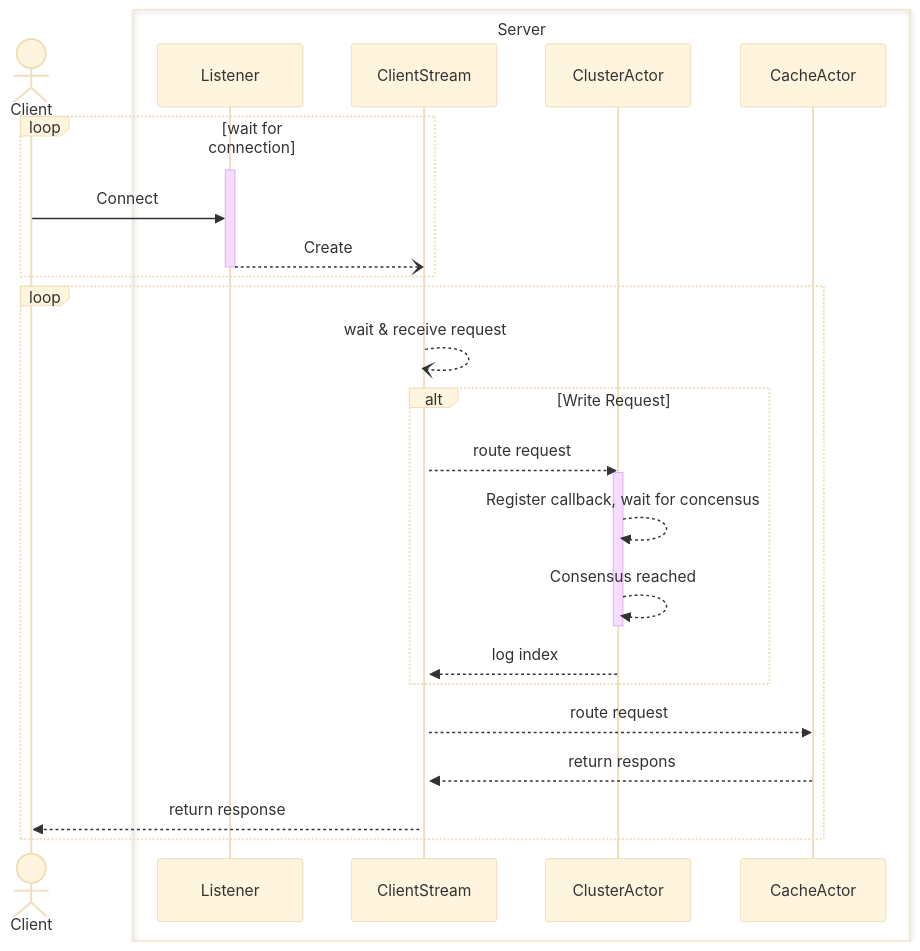
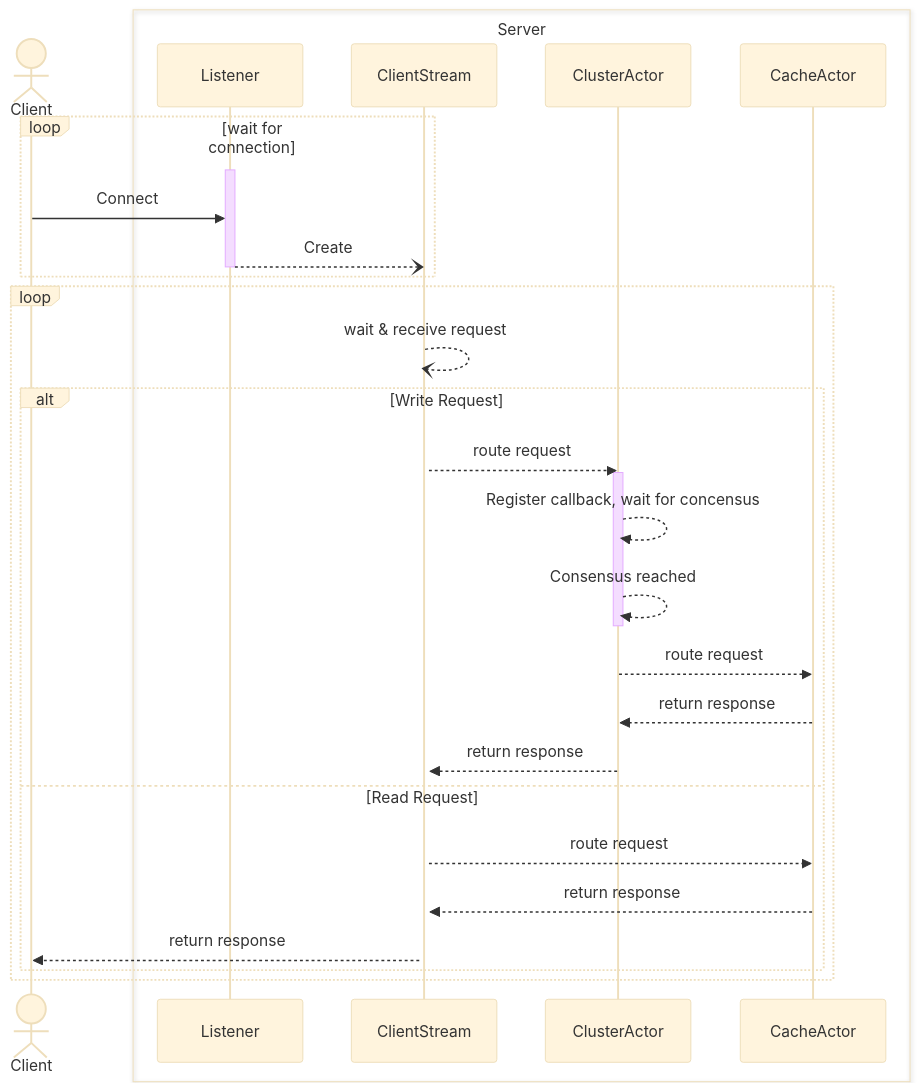
The diagram in diagrams/client_query.mmd (Migorithm/duva), drawn with Mermaid (base theme) before and after one commit. The commit also changed 1 other file, not shown here.

```diff
--- a/diagrams/client_query.mmd
+++ b/diagrams/client_query.mmd
@@ -1,31 +1,34 @@
 sequenceDiagram
     actor C as Client
     Box Server
     participant Listener
     participant Stream as ClientStream
     participant CL as ClusterActor
     participant CA as CacheActor
     
     end
     
     loop wait for connection
         activate Listener
         C ->> Listener: Connect
         Listener --) Stream : Create
         deactivate Listener
     end
 
     loop 
         Stream --)+ Stream: wait & receive request
         alt Write Request
             Stream -->> CL: route request
             activate CL
             CL -->> CL : Register callback, wait for concensus
             CL -->> CL : Consensus reached
             deactivate CL
-            CL -->> Stream : log index
+            CL -->> CA : route request
+            CA -->> CL: return response
+            CL -->> Stream: return response
+        else  Read Request
+        Stream -->> CA: route request
+        CA -->> Stream: return response
+        Stream -->> C: return response
         end
-        Stream -->> CA: route request
-        CA -->> Stream: return respons
-        Stream -->> C: return response
     end
```
